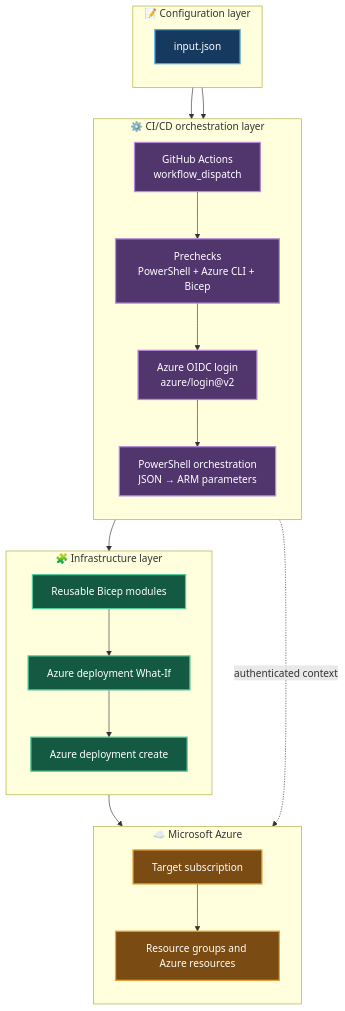
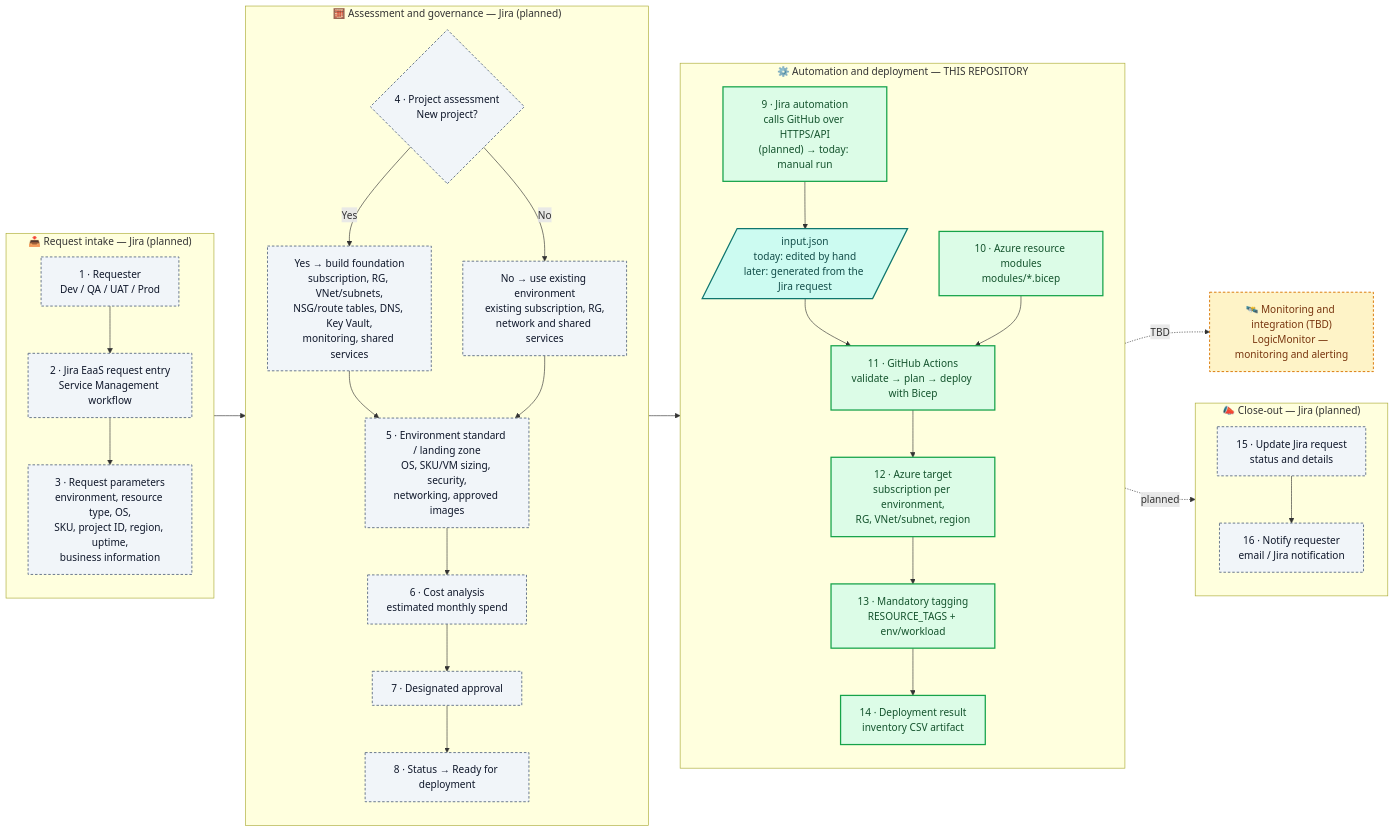
One commit to PROMETHEUS-N/pike-infra-eaas-new changed the first of 7 diagrams in README.md. Above: the diagram before and after it, drawn with Mermaid. The commit also changed other lines of this file and 17 other files, not shown here.

First line of the commit message:
Add run-time SKU selection, module READMEs and pipeline fixes

````diff
--- a/README.md
+++ b/README.md
@@ -46,45 +43,60 @@
 ```mermaid
-flowchart TB
-    subgraph CFG["📝 Configuration layer"]
+flowchart LR
+    subgraph INTAKE["📥 Request intake — Jira (planned)"]
       direction TB
-      JSON["input.json"]
+      S1["1 · Requester<br/>Dev / QA / UAT / Prod"]
+      S2["2 · Jira EaaS request entry<br/>Service Management workflow"]
+      S3["3 · Request parameters<br/>environment, resource type, OS,<br/>SKU, project ID, region, uptime,<br/>business information"]
+      S1 --> S2 --> S3
     end
 
-    subgraph CICD["⚙️ CI/CD orchestration layer"]
+    subgraph GOVERN["🧮 Assessment and governance — Jira (planned)"]
       direction TB
-      GH["GitHub Actions<br/>workflow_dispatch"]
-      PRE["Prechecks<br/>PowerShell + Azure CLI + Bicep"]
-      AUTH["Azure OIDC login<br/>azure/login@v2"]
-      PS["PowerShell orchestration<br/>JSON → ARM parameters"]
+      S4{"4 · Project assessment<br/>New project?"}
+      S4Y["Yes → build foundation<br/>subscription, RG, VNet/subnets,<br/>NSG/route tables, DNS, Key Vault,<br/>monitoring, shared services"]
+      S4N["No → use existing environment<br/>existing subscription, RG,<br/>network and shared services"]
+      S5["5 · Environment standard / landing zone<br/>OS, SKU/VM sizing, security,<br/>networking, approved images"]
+      S6["6 · Cost analysis<br/>estimated monthly spend"]
+      S7["7 · Designated approval"]
+      S8["8 · Status → Ready for deployment"]
+      S4 -- "Yes" --> S4Y --> S5
+      S4 -- "No" --> S4N --> S5
+      S5 --> S6 --> S7 --> S8
     end
 
-    subgraph IaC["🧩 Infrastructure layer"]
+    subgraph DEPLOY["⚙️ Automation and deployment — THIS REPOSITORY"]
       direction TB
-      MOD["Reusable Bicep modules"]
-      WHATIF["Azure deployment What-If"]
-      DEPLOY["Azure deployment create"]
+      S9["9 · Jira automation<br/>calls GitHub over HTTPS/API<br/>(planned) → today: manual run"]
+      JSON[/"input.json<br/>today: edited by hand<br/>later: generated from the Jira request"/]
+      S10["10 · Azure resource modules<br/>modules/*.bicep"]
+      S11["11 · GitHub Actions<br/>validate → plan → deploy with Bicep"]
+      S12["12 · Azure target<br/>subscription per environment,<br/>RG, VNet/subnet, region"]
+      S13["13 · Mandatory tagging<br/>RESOURCE_TAGS + env/workload"]
+      S14["14 · Deployment result<br/>inventory CSV artifact"]
+      S9 --> JSON --> S11
+      S10 --> S11 --> S12 --> S13 --> S14
     end
 
-    subgraph AZ["☁️ Microsoft Azure"]
+    subgraph CLOSE["📣 Close-out — Jira (planned)"]
       direction TB
-      SUB["Target subscription"]
-      RES["Resource groups and Azure resources"]
+      S15["15 · Update Jira request<br/>status and details"]
+      S16["16 · Notify requester<br/>email / Jira notification"]
+      S15 --> S16
     end
 
-    JSON --> GH
-    GH --> PRE --> AUTH --> PS
-    JSON --> PS
-    PS --> MOD --> WHATIF --> DEPLOY
-    AUTH -. authenticated context .-> SUB
-    DEPLOY --> SUB --> RES
+    MON["🛰️ Monitoring and integration (TBD)<br/>LogicMonitor — monitoring and alerting"]
 
-    classDef config fill:#163A5F,stroke:#4EA5D9,color:#FFFFFF,stroke-width:2px
-    classDef orchestration fill:#51356D,stroke:#B58AD6,color:#FFFFFF,stroke-width:2px
-    classDef iac fill:#145A43,stroke:#58C99A,color:#FFFFFF,stroke-width:2px
-    classDef azure fill:#7A4B12,stroke:#E6A23C,color:#FFFFFF,stroke-width:2px
+    S3 --> S4
+    S8 --> S9
+    S14 -.->|"planned"| S15
+    S12 -.->|"TBD"| MON
 
-    class JSON config
-    class GH,PRE,AUTH,PS orchestration
-    class MOD,WHATIF,DEPLOY iac
-    class SUB,RES azure
+    classDef planned fill:#f1f5f9,stroke:#64748b,stroke-width:1.5px,color:#0f172a,stroke-dasharray: 4 3
+    classDef repo fill:#dcfce7,stroke:#16a34a,stroke-width:2px,color:#14532d
+    classDef input fill:#ccfbf1,stroke:#0f766e,stroke-width:2px,color:#134e4a
+    classDef tbd fill:#fef3c7,stroke:#d97706,stroke-width:1.5px,color:#78350f,stroke-dasharray: 4 3
+    class S1,S2,S3,S4,S4Y,S4N,S5,S6,S7,S8,S15,S16 planned
+    class S9,S10,S11,S12,S13,S14 repo
+    class JSON input
+    class MON tbd
 ```
````
